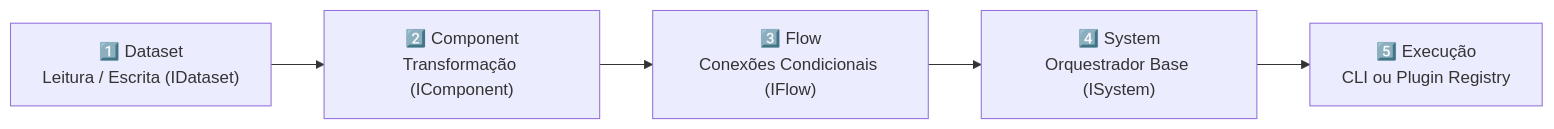
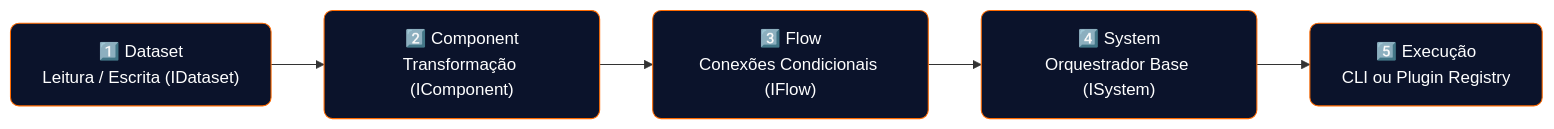
Before and after one commit to antunes-hq/aptdata-flow-os: the diagram in docs/getting-started.md, drawn with Mermaid. The commit also changed 3 other files, not shown here.

First line of the commit message:
docs: Apply MkDocs Material DX improvements to Markdown and diagrams

````diff
--- a/docs/getting-started.md
+++ b/docs/getting-started.md
@@ -66,10 +66,13 @@
 ```mermaid
 flowchart LR
+    %% Estilos Customizados (Design Premium)
+    classDef default fill:#0b132b,stroke:#ff6a00,stroke-width:1px,color:#fff,rx:8px,ry:8px;
+
     DS["1️⃣ Dataset\nLeitura / Escrita (IDataset)"]
     CO["2️⃣ Component\nTransformação (IComponent)"]
     FL["3️⃣ Flow\nConexões Condicionais (IFlow)"]
     SY["4️⃣ System\nOrquestrador Base (ISystem)"]
     RG["5️⃣ Execução\nCLI ou Plugin Registry"]
 
     DS --> CO --> FL --> SY --> RG
 ```
````
